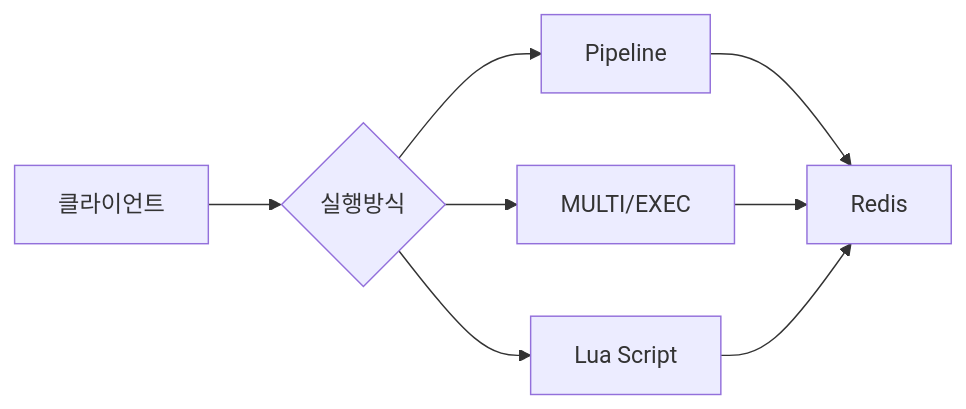
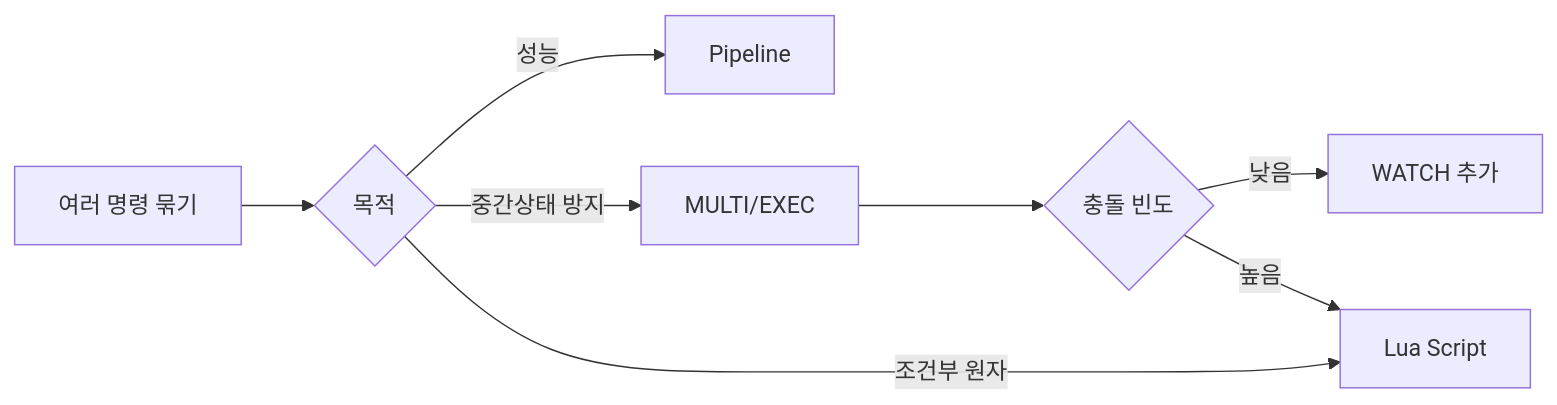
Before and after one commit to yjkim2015/yjkim2015.github.io: the fourth of 4 diagrams in _posts/redis/2026-05-12-redis-transaction.md, drawn with Mermaid. The commit also changed other lines of this file and 4 other files, not shown here.

First line of the commit message:
5개 포스트 시니어급 심화 (Redis Lua/TX, Kafka Replication, Spring Security/IoC)

````diff
--- a/_posts/redis/2026-05-12-redis-transaction.md
+++ b/_posts/redis/2026-05-12-redis-transaction.md
@@ -128,10 +1451,10 @@
 ```mermaid
 graph LR
-    A[클라이언트] --> B{실행방식}
-    B --> C[Pipeline]
-    B --> D[MULTI/EXEC]
-    B --> E[Lua Script]
-    C --> F[Redis]
-    D --> F
-    E --> F
+    A[여러 명령 묶기] --> B{목적}
+    B -->|성능| C[Pipeline]
+    B -->|중간상태 방지| D[MULTI/EXEC]
+    B -->|조건부 원자| E[Lua Script]
+    D --> F{충돌 빈도}
+    F -->|낮음| G[WATCH 추가]
+    F -->|높음| E
 ```
````
